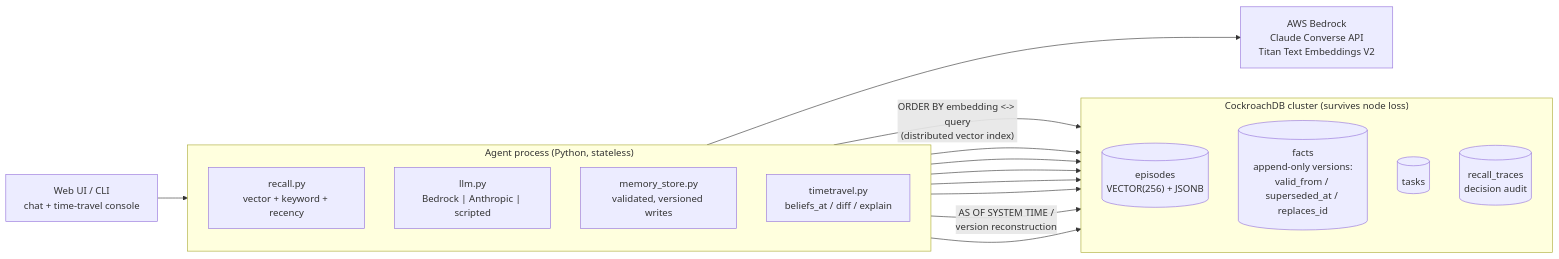
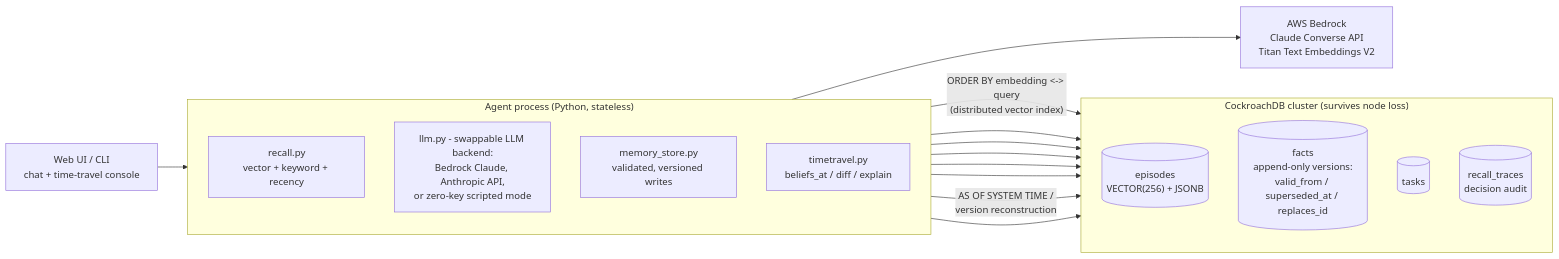
One commit to RinzlerTron/unforgettable changed the diagram in README.md. Above: the diagram before and after it, drawn with Mermaid.

Commit message:
Spell out the LLM backend options in the architecture diagram

````diff
--- a/README.md
+++ b/README.md
@@ -77,33 +77,33 @@
 ```mermaid
 flowchart LR
     UI["Web UI / CLI<br/>chat + time-travel console"]
 
     subgraph AGENT["Agent process (Python, stateless)"]
         direction TB
         RC["recall.py<br/>vector + keyword + recency"]
-        LL["llm.py<br/>Bedrock | Anthropic | scripted"]
+        LL["llm.py - swappable LLM backend:<br/>Bedrock Claude, Anthropic API,<br/>or zero-key scripted mode"]
         MS["memory_store.py<br/>validated, versioned writes"]
         TT["timetravel.py<br/>beliefs_at / diff / explain"]
     end
 
     subgraph CRDB["CockroachDB cluster (survives node loss)"]
         direction TB
         EP[("episodes<br/>VECTOR(256) + JSONB")]
         FA[("facts<br/>append-only versions:<br/>valid_from / superseded_at / replaces_id")]
         TA[("tasks")]
         TR[("recall_traces<br/>decision audit")]
     end
 
     BED["AWS Bedrock<br/>Claude Converse API<br/>Titan Text Embeddings V2"]
 
     UI --> AGENT
     RC -->|"ORDER BY embedding <-> query<br/>(distributed vector index)"| EP
     RC --> FA
     MS --> EP
     MS --> FA
     MS --> TA
     MS --> TR
     TT -->|"AS OF SYSTEM TIME /<br/>version reconstruction"| FA
     TT --> TR
     LL --> BED
 ```
````
